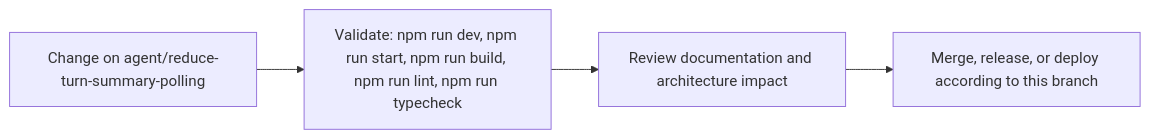
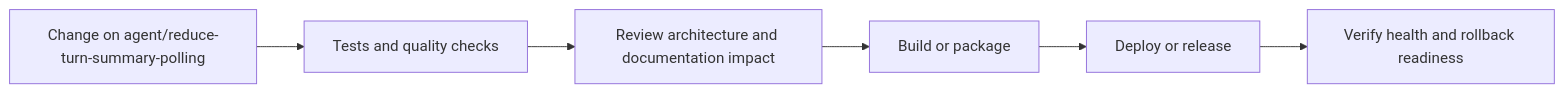
The seventh of 8 diagrams in README.md (Nischhalsubba/blink-and-find), drawn with Mermaid before and after one commit. The commit also changed other lines of this file, not shown here.

````diff
--- a/README.md
+++ b/README.md
@@ -88,8 +216,8 @@
 ```mermaid
 flowchart LR
-    CHANGE["Change on agent/reduce-turn-summary-polling"]
-    CHECK["Validate: npm run dev, npm run start, npm run build, npm run lint, npm run typecheck"]
-    REVIEW["Review documentation and architecture impact"]
-    RELEASE["Merge, release, or deploy according to this branch"]
-    CHANGE --> CHECK --> REVIEW --> RELEASE
+    CHANGE["Change on agent/reduce-turn-summary-polling"] --> CHECK["Tests and quality checks"]
+    CHECK --> REVIEW["Review architecture and documentation impact"]
+    REVIEW --> BUILD["Build or package"]
+    BUILD --> DEPLOY["Deploy or release"]
+    DEPLOY --> VERIFY["Verify health and rollback readiness"]
 ```
````
